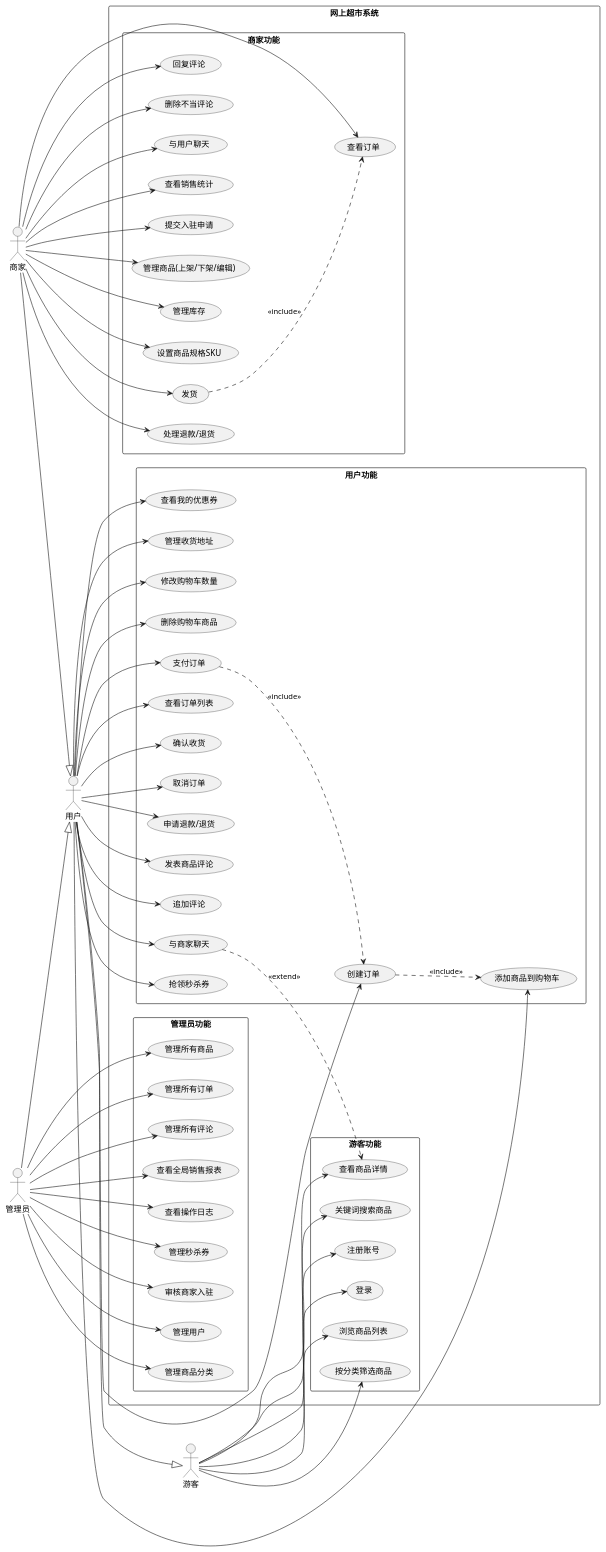
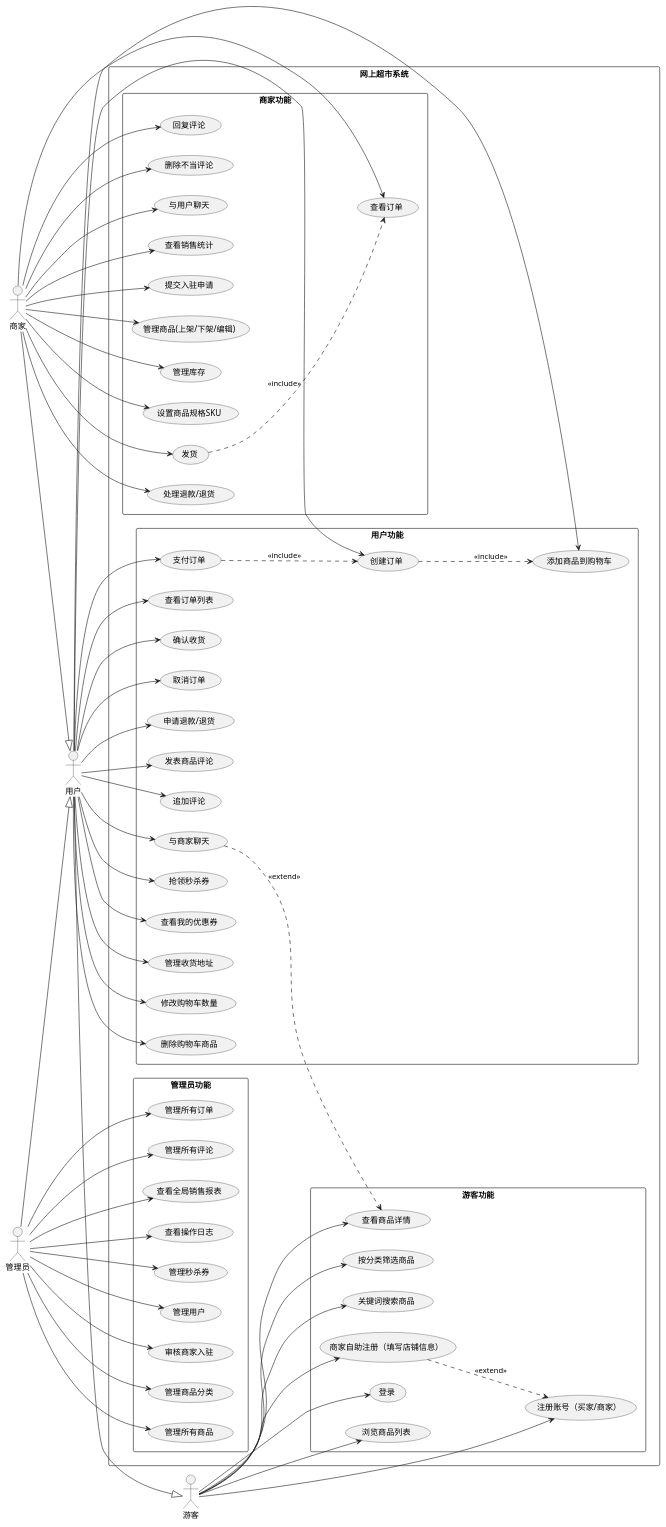
The diagram in uml/uml-usecase.puml (KIM406-CMD/chrono), drawn with PlantUML before and after one commit. The commit also changed 20 other files, not shown here.

```diff
--- a/uml/uml-usecase.puml
+++ b/uml/uml-usecase.puml
@@ -1,135 +1,140 @@
 @startuml 用例图
 
 skinparam packageStyle rectangle
 
 left to right direction
 
 actor 游客 as visitor
 actor 用户 as user
 actor 商家 as merchant
 actor 管理员 as admin
 
 rectangle "网上超市系统" {
 
   ' ===== 游客用例 =====
   package "游客功能" {
     usecase "浏览商品列表" as UC01
     usecase "查看商品详情" as UC02
     usecase "按分类筛选商品" as UC03
     usecase "关键词搜索商品" as UC04
-    usecase "注册账号" as UC05
+    usecase "注册账号（买家/商家）" as UC05
+    usecase "商家自助注册（填写店铺信息）" as UC42
     usecase "登录" as UC06
   }
 
   ' ===== 用户用例 =====
   package "用户功能" {
     usecase "管理收货地址" as UC07
     usecase "添加商品到购物车" as UC08
     usecase "修改购物车数量" as UC09
     usecase "删除购物车商品" as UC10
     usecase "创建订单" as UC11
     usecase "支付订单" as UC12
     usecase "查看订单列表" as UC13
     usecase "确认收货" as UC14
     usecase "取消订单" as UC15
     usecase "申请退款/退货" as UC16
     usecase "发表商品评论" as UC17
     usecase "追加评论" as UC18
     usecase "与商家聊天" as UC19
     usecase "抢领秒杀券" as UC39
     usecase "查看我的优惠券" as UC40
   }
 
   ' ===== 商家用例 =====
   package "商家功能" {
     usecase "提交入驻申请" as UC20
     usecase "管理商品(上架/下架/编辑)" as UC21
     usecase "管理库存" as UC22
     usecase "设置商品规格SKU" as UC23
     usecase "查看订单" as UC24
     usecase "发货" as UC25
     usecase "处理退款/退货" as UC26
     usecase "回复评论" as UC27
     usecase "删除不当评论" as UC28
     usecase "与用户聊天" as UC29
     usecase "查看销售统计" as UC30
   }
 
   ' ===== 管理员用例 =====
   package "管理员功能" {
     usecase "管理用户" as UC31
     usecase "审核商家入驻" as UC32
     usecase "管理商品分类" as UC33
     usecase "管理所有商品" as UC34
     usecase "管理所有订单" as UC35
     usecase "管理所有评论" as UC36
     usecase "查看全局销售报表" as UC37
     usecase "查看操作日志" as UC38
     usecase "管理秒杀券" as UC41
   }
 }
 
 ' ===== 关系 =====
 visitor --> UC01
 visitor --> UC02
 visitor --> UC03
 visitor --> UC04
 visitor --> UC05
+visitor --> UC42
 visitor --> UC06
 
 user --> UC07
 user --> UC08
 user --> UC09
 user --> UC10
 user --> UC11
 user --> UC12
 user --> UC13
 user --> UC14
 user --> UC15
 user --> UC16
 user --> UC17
 user --> UC18
 user --> UC19
 user --> UC39
 user --> UC40
 
 merchant --> UC20
 merchant --> UC21
 merchant --> UC22
 merchant --> UC23
 merchant --> UC24
 merchant --> UC25
 merchant --> UC26
 merchant --> UC27
 merchant --> UC28
 merchant --> UC29
 merchant --> UC30
 
 admin --> UC31
 admin --> UC32
 admin --> UC33
 admin --> UC34
 admin --> UC35
 admin --> UC36
 admin --> UC37
 admin --> UC38
 admin --> UC41
 
 ' 用户继承游客
 user --|> visitor
 
 ' 商家继承用户
 merchant --|> user
 
 ' 管理员继承用户
 admin --|> user
 
 ' 支付包含
 UC12 ..> UC11 : <<include>>
 UC11 ..> UC08 : <<include>>
 UC25 ..> UC24 : <<include>>
 
 ' 聊天扩展自查看商品
 UC19 ..> UC02 : <<extend>>
 
+' 商家自助注册扩展自注册账号
+UC42 ..> UC05 : <<extend>>
+
 @enduml
```
